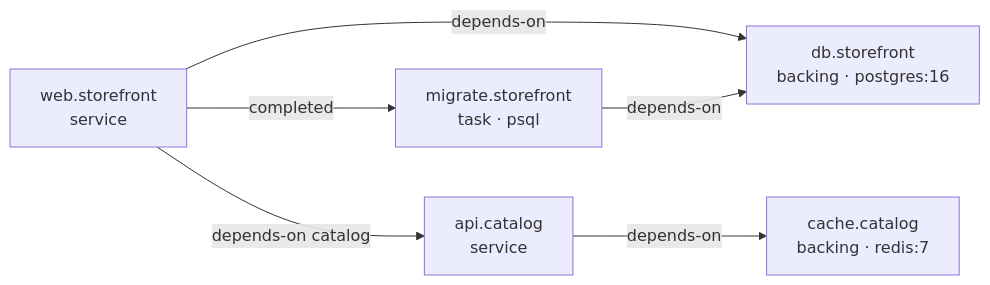
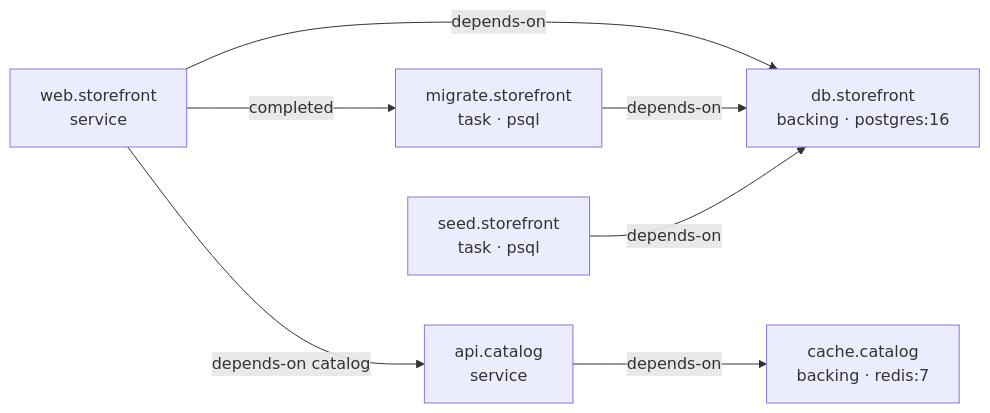
Before and after one commit to mlnja/fghj: the diagram in docs/src/content/docs/tutorial/index.md, drawn with Mermaid. The commit also changed other lines of this file and 15 other files, not shown here.

````diff
--- a/docs/src/content/docs/tutorial/index.md
+++ b/docs/src/content/docs/tutorial/index.md
@@ -30,8 +30,9 @@
 ```mermaid
 graph LR
   web["web.storefront<br/>service"] -->|depends-on| db["db.storefront<br/>backing · postgres:16"]
   web -->|completed| migrate["migrate.storefront<br/>task · psql"]
   migrate -->|depends-on| db
+  seed["seed.storefront<br/>task · psql"] -->|depends-on| db
   web -->|depends-on catalog| api["api.catalog<br/>service"]
   api -->|depends-on| cache["cache.catalog<br/>backing · redis:7"]
 ```
````
